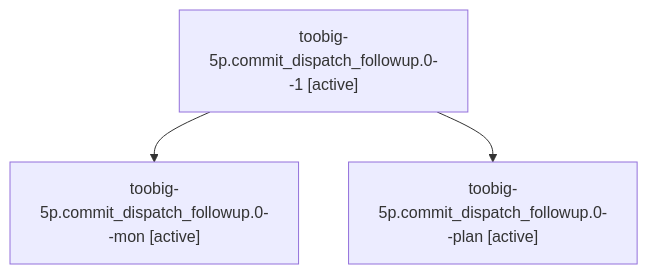
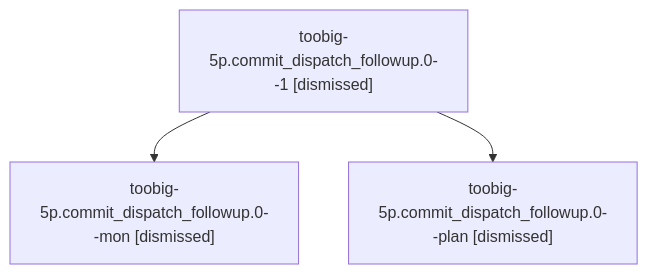
Before and after one commit to sase-org/sase--agents: the diagram in sessions/bbugyi200.athena.toobig-5p.commit_dispatch_followup.0.md, drawn with Mermaid. The commit also changed other lines of this file and 225 other files, not shown here.

````diff
--- a/sessions/bbugyi200.athena.toobig-5p.commit_dispatch_followup.0.md
+++ b/sessions/bbugyi200.athena.toobig-5p.commit_dispatch_followup.0.md
@@ -9,8 +9,8 @@
 ```mermaid
 flowchart TD
-  n0["toobig-5p.commit_dispatch_followup.0--1 [active]"]
-  n1["toobig-5p.commit_dispatch_followup.0--mon [active]"]
+  n0["toobig-5p.commit_dispatch_followup.0--1 [dismissed]"]
+  n1["toobig-5p.commit_dispatch_followup.0--mon [dismissed]"]
   n0 --> n1
-  n2["toobig-5p.commit_dispatch_followup.0--plan [active]"]
+  n2["toobig-5p.commit_dispatch_followup.0--plan [dismissed]"]
   n0 --> n2
 ```
````
